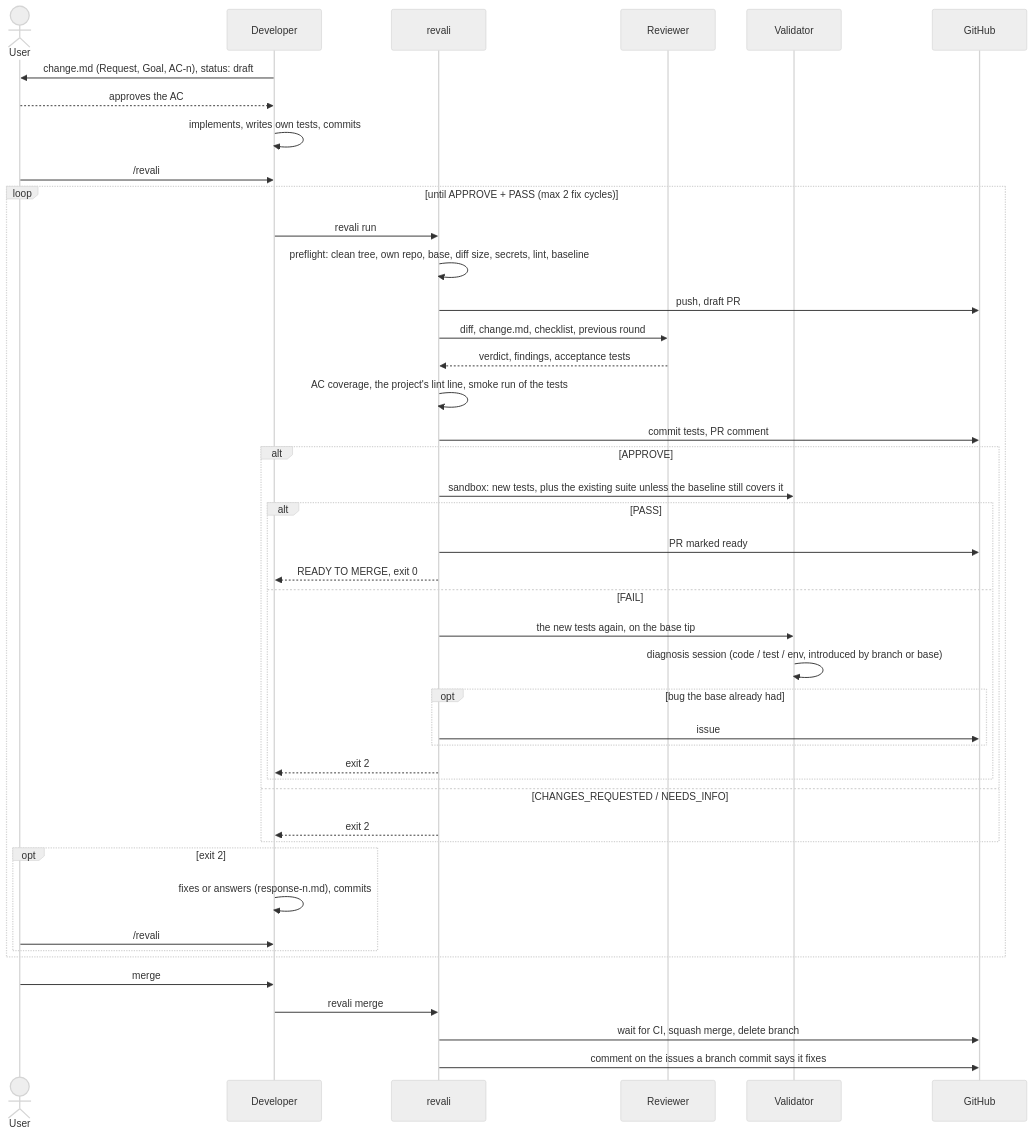
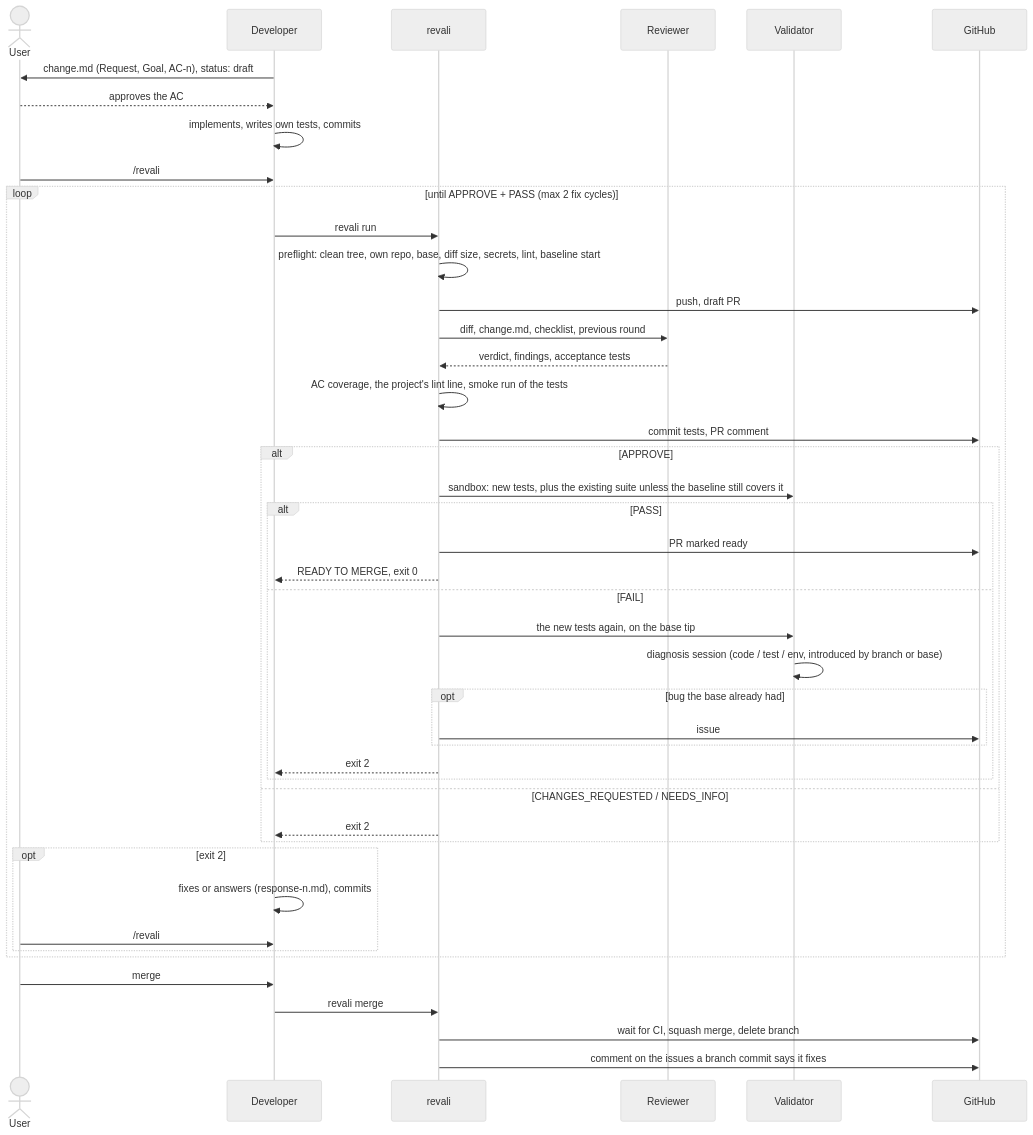
One commit to ianmhuang/revali changed the diagram in README.md. Above: the diagram before and after it, drawn with Mermaid (neutral theme). The commit also changed other lines of this file and 21 other files, not shown here.

````diff
--- a/README.md
+++ b/README.md
@@ -31,47 +31,47 @@
 ```mermaid
 sequenceDiagram
     actor U as User
     participant D as Developer
     participant R as revali
     participant B as Reviewer
     participant V as Validator
     participant G as GitHub
 
     D->>U: change.md (Request, Goal, AC-n), status: draft
     U-->>D: approves the AC
     D->>D: implements, writes own tests, commits
     U->>D: /revali
     loop until APPROVE + PASS (max 2 fix cycles)
         D->>R: revali run
-        R->>R: preflight: clean tree, own repo, base, diff size, secrets, lint, baseline
+        R->>R: preflight: clean tree, own repo, base, diff size, secrets, lint, baseline start
         R->>G: push, draft PR
         R->>B: diff, change.md, checklist, previous round
         B-->>R: verdict, findings, acceptance tests
         R->>R: AC coverage, the project's lint line, smoke run of the tests
         R->>G: commit tests, PR comment
         alt APPROVE
             R->>V: sandbox: new tests, plus the existing suite unless the baseline still covers it
             alt PASS
                 R->>G: PR marked ready
                 R-->>D: READY TO MERGE, exit 0
             else FAIL
                 R->>V: the new tests again, on the base tip
                 V->>V: diagnosis session (code / test / env, introduced by branch or base)
                 opt bug the base already had
                     R->>G: issue
                 end
                 R-->>D: exit 2
             end
         else CHANGES_REQUESTED / NEEDS_INFO
             R-->>D: exit 2
         end
         opt exit 2
             D->>D: fixes or answers (response-n.md), commits
             U->>D: /revali
         end
     end
     U->>D: merge
     D->>R: revali merge
     R->>G: wait for CI, squash merge, delete branch
     R->>G: comment on the issues a branch commit says it fixes
 ```
````
